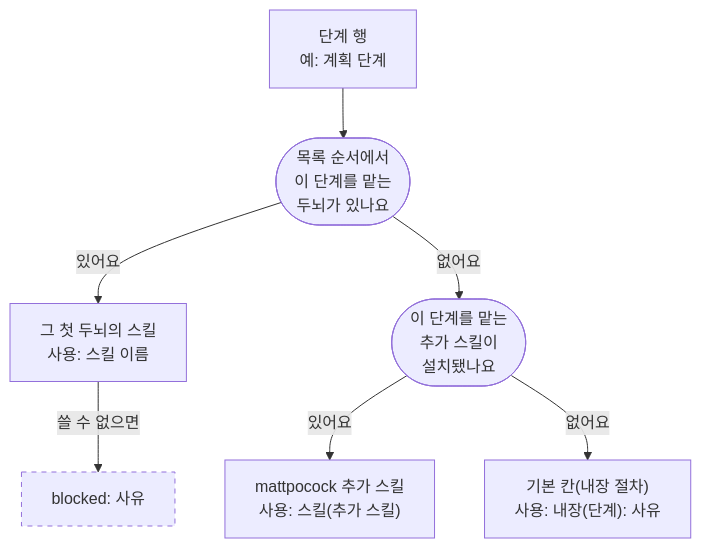
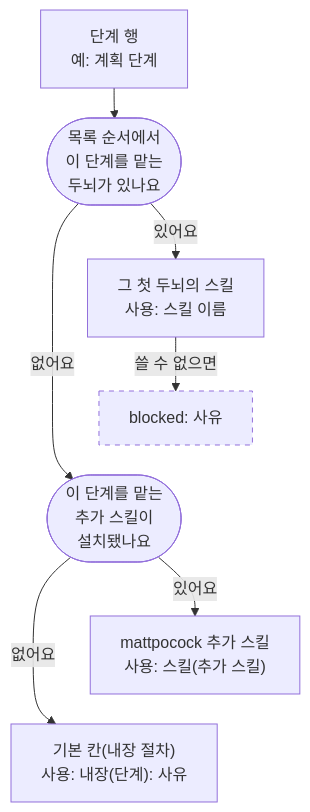
Before and after one commit to roadkwon-ai/pro-kit: the third of 12 diagrams in handbook/skills/brain-flow.md, drawn with Mermaid. The commit also changed other lines of this file and 26 other files, not shown here.

````diff
--- a/handbook/skills/brain-flow.md
+++ b/handbook/skills/brain-flow.md
@@ -76,16 +82,19 @@
 ```mermaid
 ---
 config:
   flowchart:
-    wrappingWidth: 240
+    wrappingWidth: 160
+    rankSpacing: 30
 ---
 flowchart TB
   ROW["단계 행<br/>예: 계획 단계"] --> Q1(["목록 순서에서<br/>이 단계를 맡는<br/>두뇌가 있나요"])
   Q1 -->|"있어요"| B["그 첫 두뇌의 스킬<br/>사용: 스킬 이름"]
   Q1 -->|"없어요"| Q2(["이 단계를 맡는<br/>추가 스킬이<br/>설치됐나요"])
+  B -->|"쓸 수 없으면"| BL["blocked: 사유"]
+  BL ~~~ Q2
   Q2 -->|"있어요"| M["mattpocock 추가 스킬<br/>사용: 스킬(추가 스킬)"]
   Q2 -->|"없어요"| D["기본 칸(내장 절차)<br/>사용: 내장(단계): 사유"]
-  B -->|"쓸 수 없으면"| BL["blocked: 사유"]
+  M ~~~ D
   classDef opt stroke-dasharray: 5 5
   class BL opt
 ```
````
